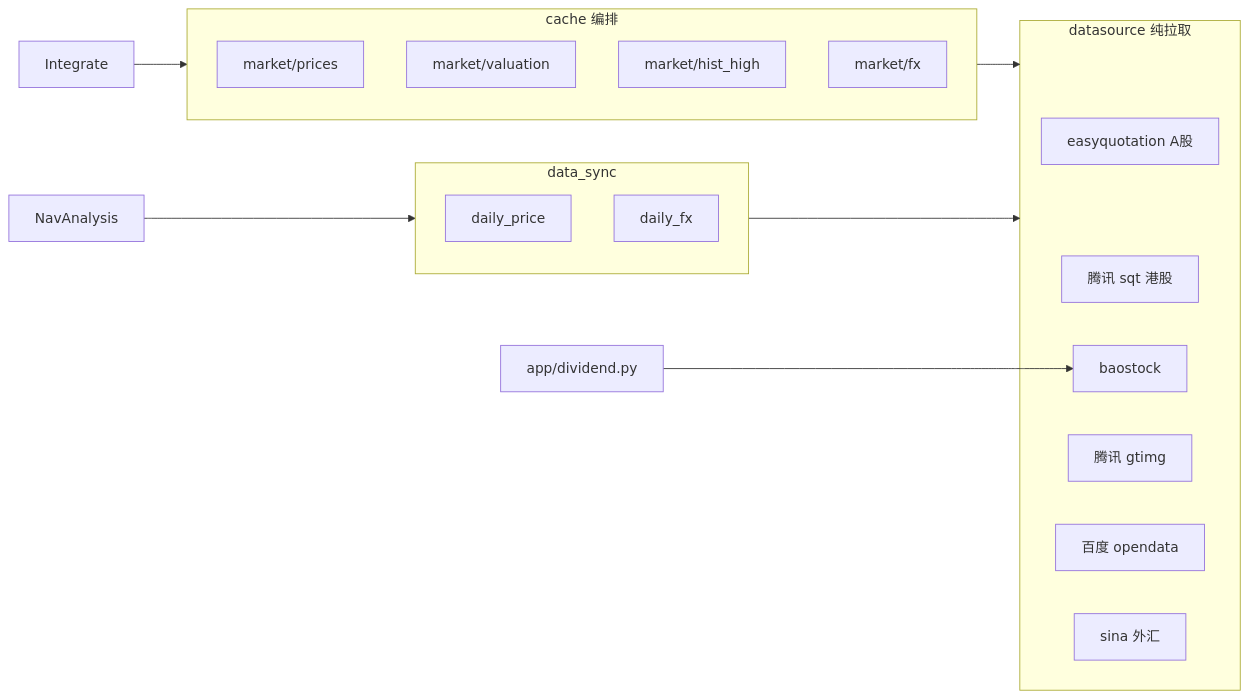
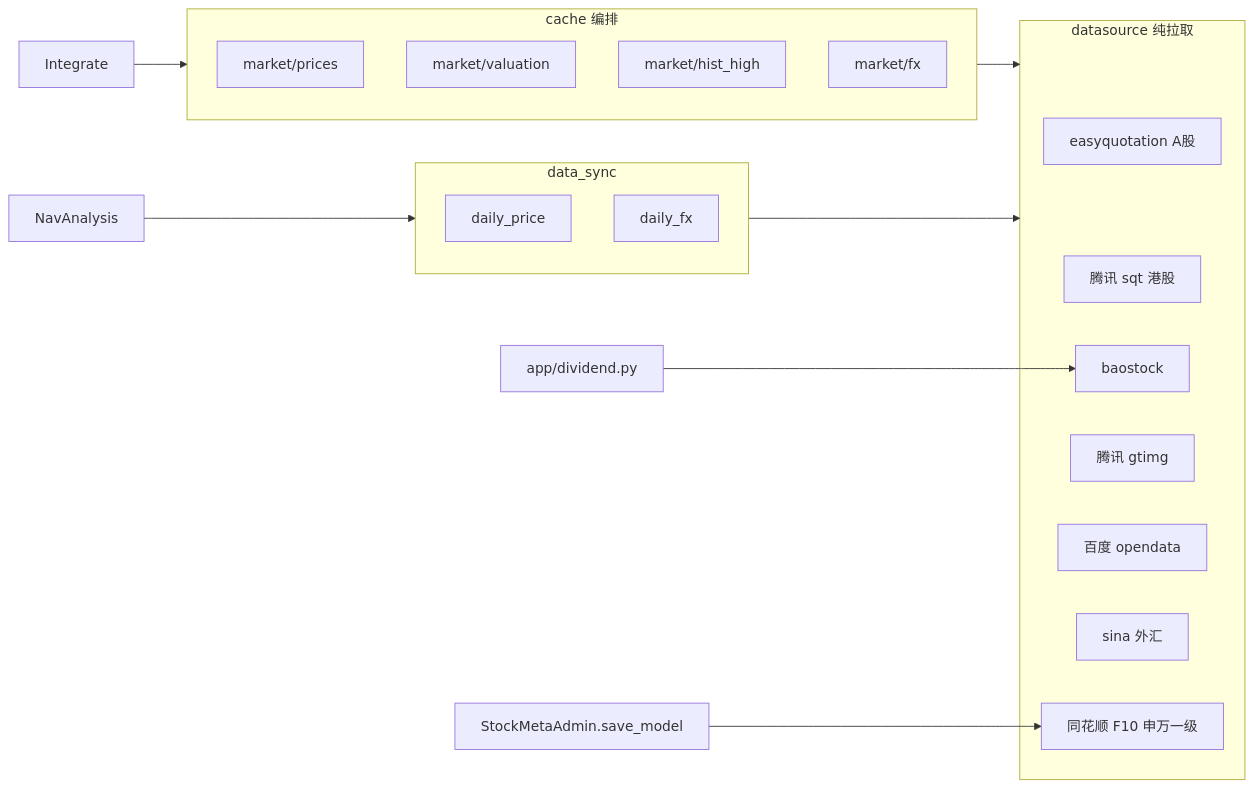
The diagram in .agents/skills/stockmanager-project/references/external-data.md (gunerguner/stockManager), drawn with Mermaid before and after one commit. The commit also changed other lines of this file and 17 other files, not shown here.

Commit message:
feat(swIndustry): add SwIndustry model and integrate with StockMeta for enhanced industry classification

````diff
--- a/.agents/skills/stockmanager-project/references/external-data.md
+++ b/.agents/skills/stockmanager-project/references/external-data.md
@@ -26,26 +27,28 @@
 ```mermaid
 flowchart LR
   subgraph datasource [datasource 纯拉取]
     eq[easyquotation A股]
     sqt[腾讯 sqt 港股]
     bao[baostock]
     gtimg[腾讯 gtimg]
     bd[百度 opendata]
     sina[sina 外汇]
+    ths[同花顺 F10 申万一级]
   end
   subgraph cache [cache 编排]
     priceStore[market/prices]
     valStore[market/valuation]
     histStore[market/hist_high]
     fxStore[market/fx]
   end
   subgraph dataSync [data_sync]
     dailyPrice[daily_price]
     dailyFx[daily_fx]
   end
   Integrate --> cache
   NavAnalysis --> dataSync
   cache --> datasource
   dataSync --> datasource
   Dividend[app/dividend.py] --> bao
+  MetaAdmin[StockMetaAdmin.save_model] --> ths
 ```
````
